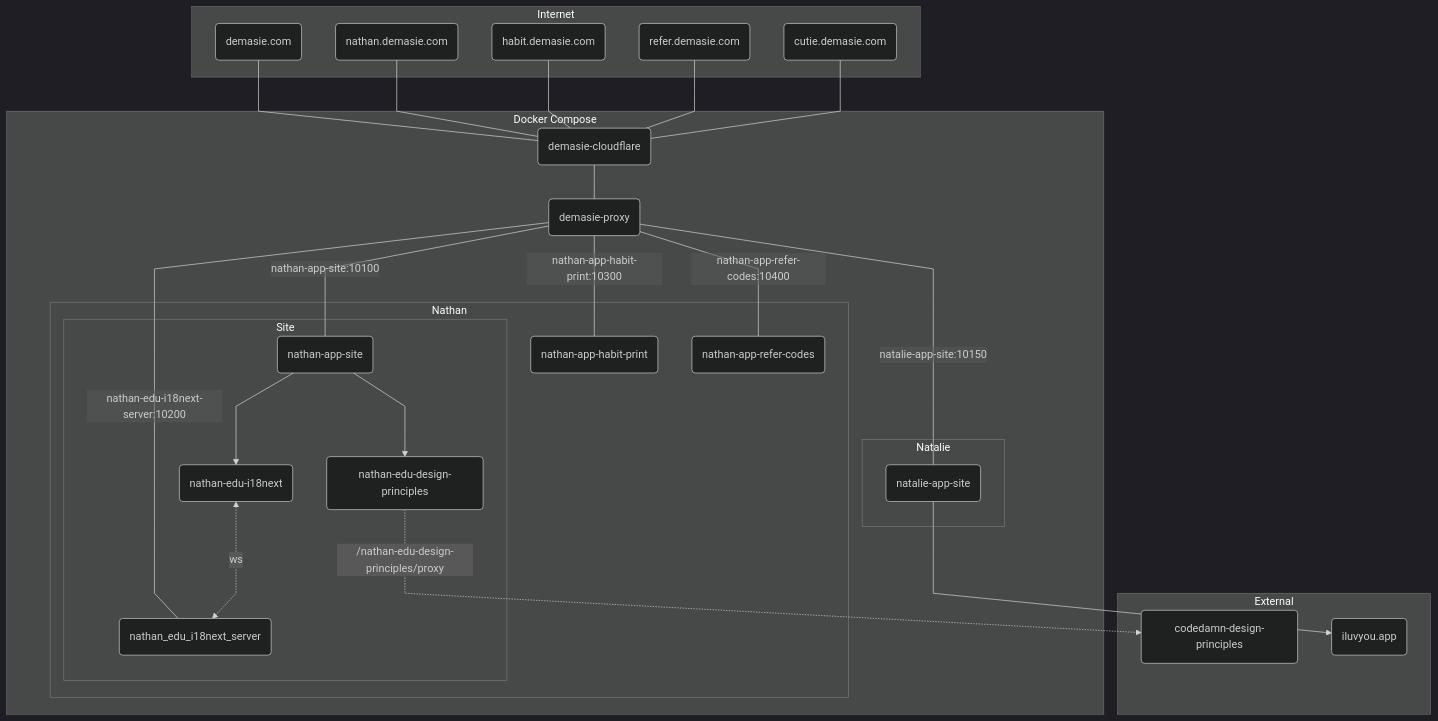
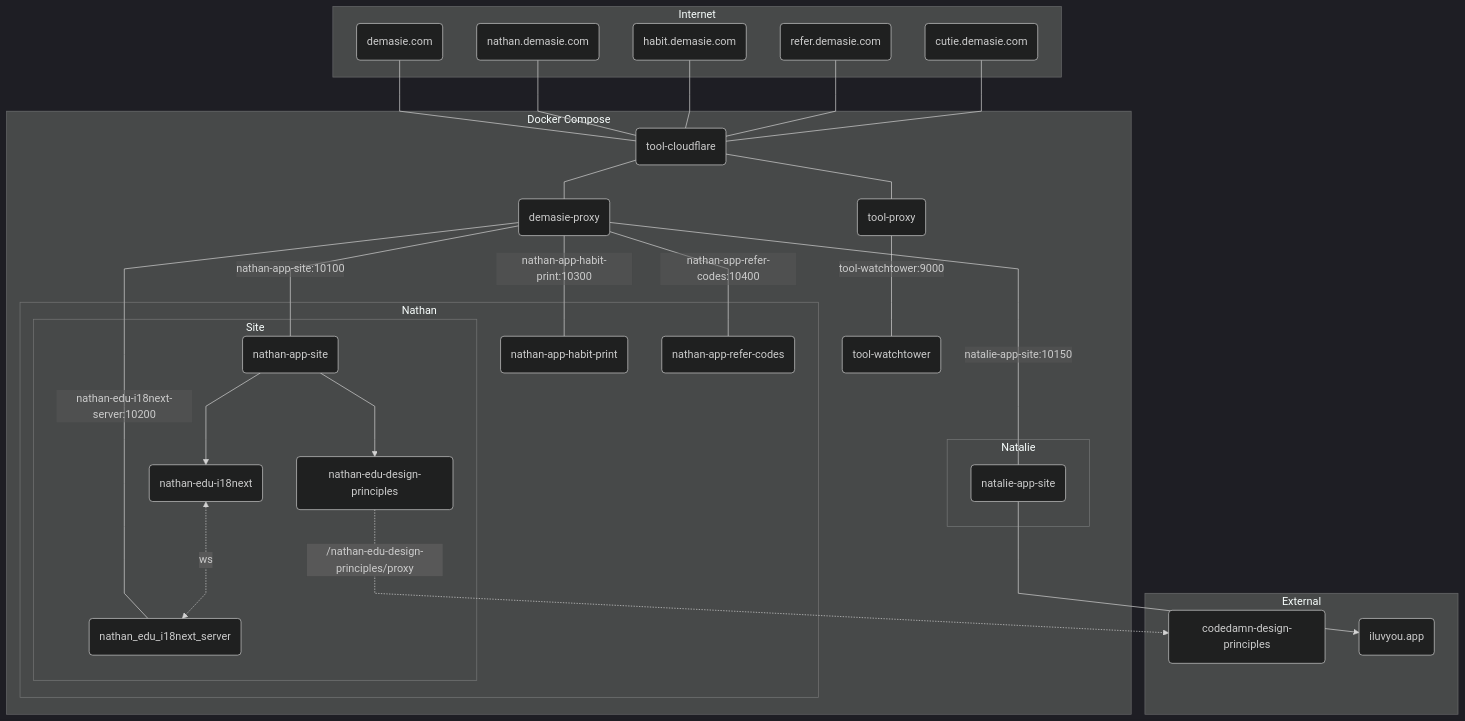
The diagram in README.md (ndemasie/demasie.com), drawn with Mermaid before and after one commit.

```diff
--- a/README.md
+++ b/README.md
@@ -31,8 +31,10 @@
   end
 
   subgraph Docker Compose
-    demasie_cloudflare(demasie-cloudflare)
     demasie_proxy(demasie-proxy)
+    tool_cloudflare(tool-cloudflare)
+    tool_proxy(tool-proxy)
+    tool_watchtower(tool-watchtower)
 
     subgraph Natalie
       natalie_app_site(natalie-app-site)
@@ -58,19 +60,22 @@
   end
 
   %% Flow
-  domain --- demasie_cloudflare
-  domain_nathan --- demasie_cloudflare
-  domain_habit --- demasie_cloudflare
-  domain_refer --- demasie_cloudflare
-  domain_cutie --- demasie_cloudflare
+  domain --- tool_cloudflare
+  domain_nathan --- tool_cloudflare
+  domain_habit --- tool_cloudflare
+  domain_refer --- tool_cloudflare
+  domain_cutie --- tool_cloudflare
 
-  demasie_cloudflare --- demasie_proxy
+  tool_cloudflare --- demasie_proxy
+  tool_cloudflare --- tool_proxy
 
   demasie_proxy ---|<div>nathan-app-site:10100</div>| nathan_app_site
   demasie_proxy ---|<div>natalie-app-site:10150</div>| natalie_app_site
   demasie_proxy ---|<div>nathan-edu-i18next-server:10200</div>| nathan_edu_i18next_server
   demasie_proxy ---|<div>nathan-app-habit-print:10300</div>| nathan_app_habit_print
   demasie_proxy ---|<div>nathan-app-refer-codes:10400</div>| nathan_app_referral_codes
+
+  tool_proxy ---|<div>tool-watchtower:9000</div>| tool_watchtower
 
   natalie_app_site --> iluvyou_app
 
```
